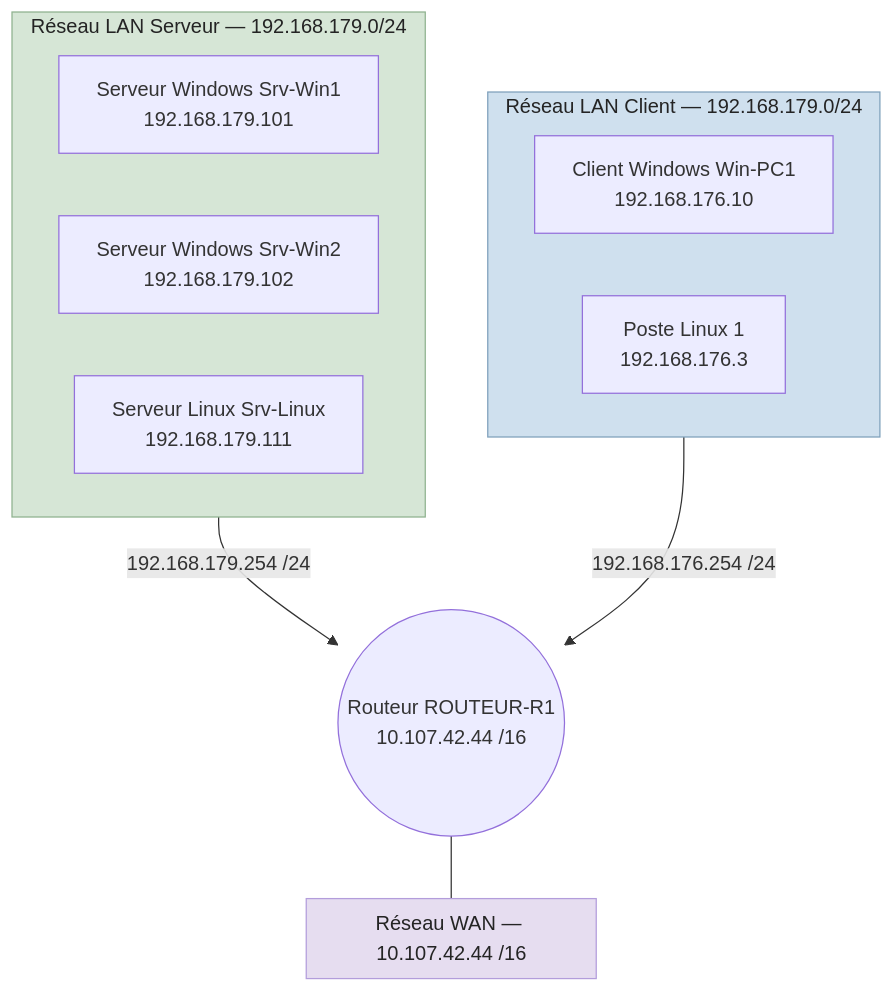
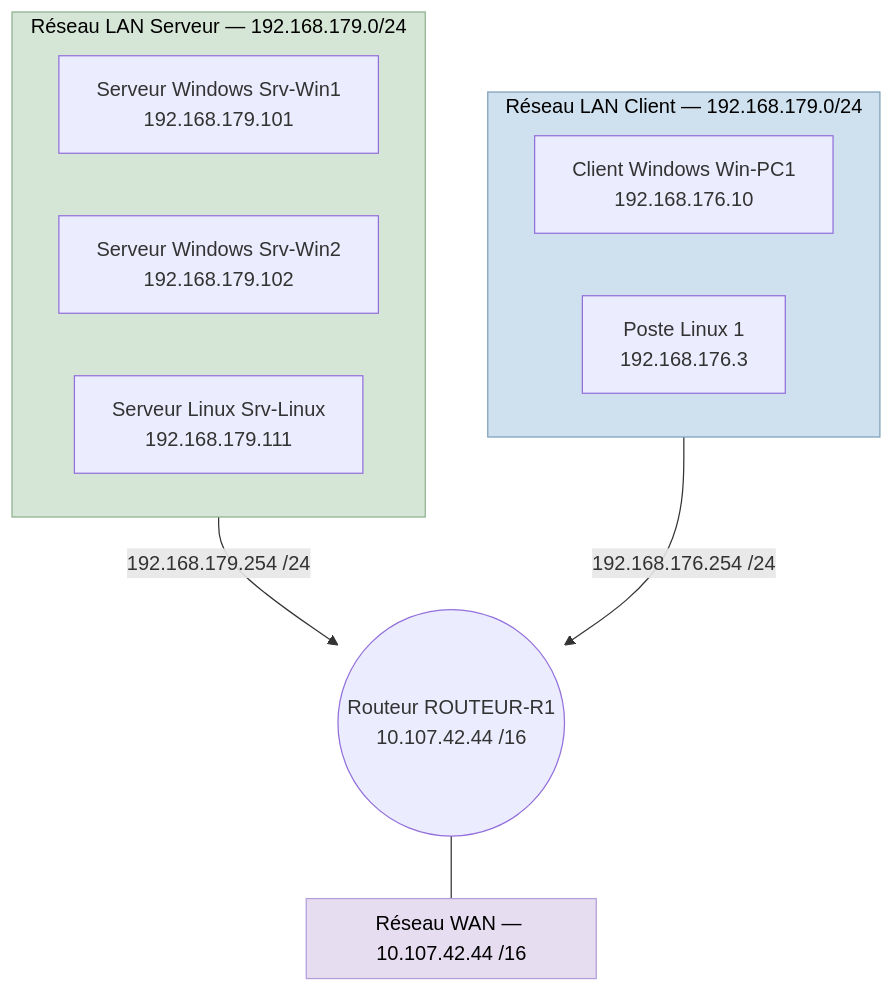
The diagram in docs/cours/cours-10-mise-en-situation-professionnelle-service-reseau/index.md (Kass-19/tssr-cours), drawn with Mermaid before and after one commit.

````diff
--- a/docs/cours/cours-10-mise-en-situation-professionnelle-service-reseau/index.md
+++ b/docs/cours/cours-10-mise-en-situation-professionnelle-service-reseau/index.md
@@ -21,26 +21,26 @@
 ```mermaid
 flowchart TB
     subgraph serveur["Réseau LAN Serveur — 192.168.179.0/24"]
         c1["Serveur Windows Srv-Win1<br/>192.168.179.101"]
         c2["Serveur Windows Srv-Win2<br/>192.168.179.102"]
         c3["Serveur Linux Srv-Linux<br/>192.168.179.111"]
     end
 
     subgraph client["Réseau LAN Client — 192.168.179.0/24"]
         s1["Client Windows Win-PC1<br/>192.168.176.10"]
         s2["Poste Linux 1<br/>192.168.176.3"]
     end
 
     r1(("Routeur ROUTEUR-R1<br/>10.107.42.44 /16"))
 
     subgraph wan["Réseau WAN — 10.107.42.44 /16"]
     end
 
     serveur -->|"192.168.179.254 /24"| r1
     client -->|"192.168.176.254 /24"| r1
     r1 --- wan
 
-    style client fill:#cfe0ee,stroke:#7ea0bb,color:#242424
-    style serveur fill:#d6e6d6,stroke:#8fb28f,color:#242424
-    style wan fill:#e6ddf0,stroke:#b39ddb,color:#242424
+    style client fill:#cfe0ee,stroke:#7ea0bb,color:#000000
+    style serveur fill:#d6e6d6,stroke:#8fb28f,color:#000000
+    style wan fill:#e6ddf0,stroke:#b39ddb,color:#000000
 ```
````
